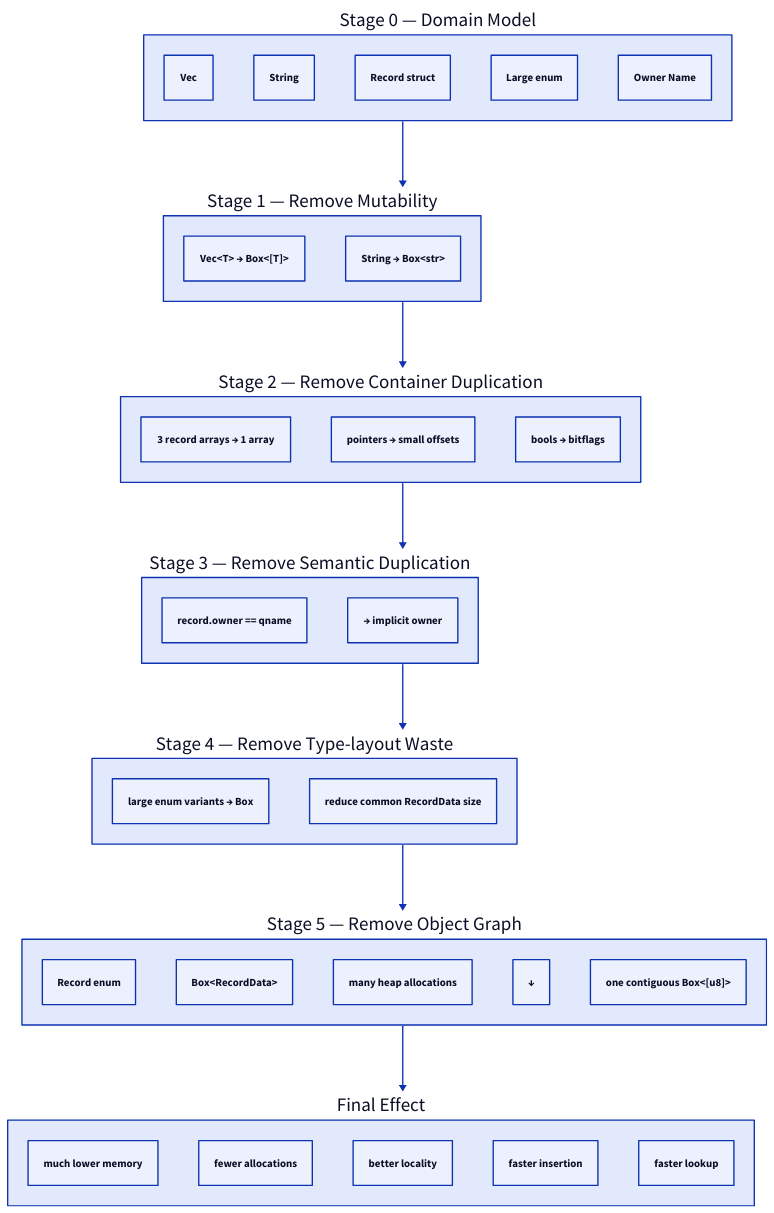
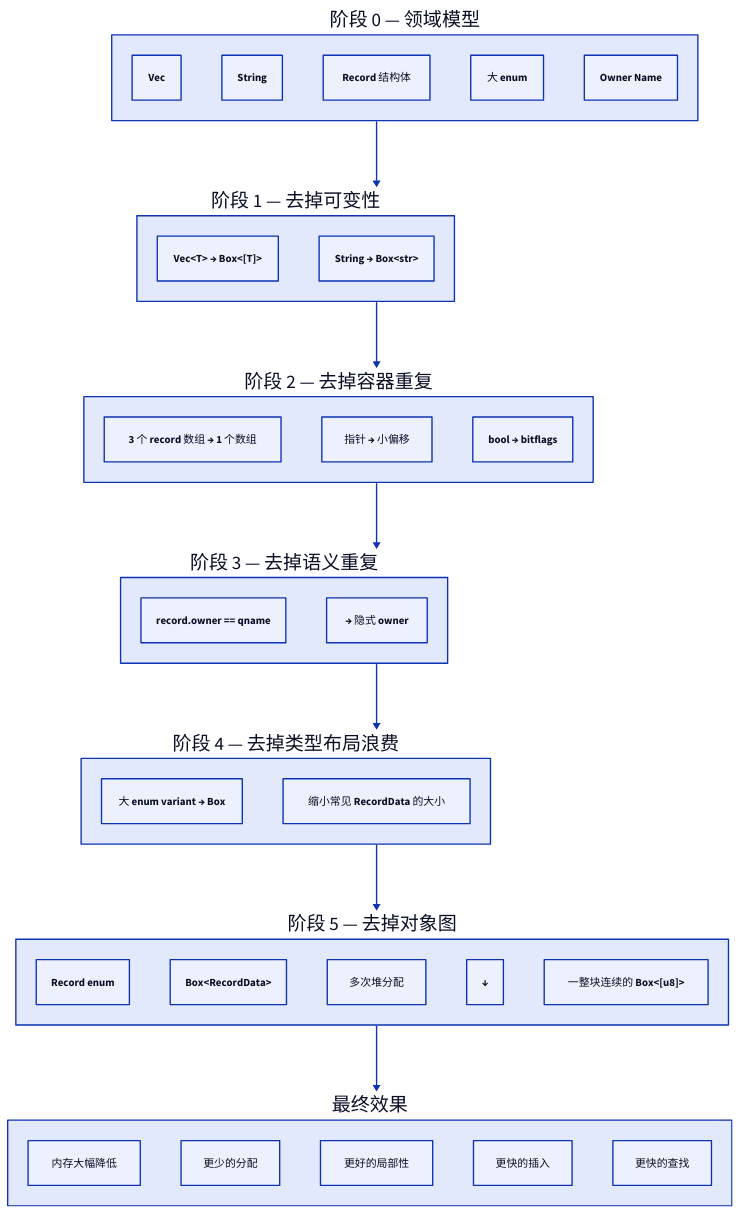
Before and after one commit to Disdjj/blog: the tenth of 11 diagrams in content/posts/how-cloudflare-1111-saved-100-tb-of-memory-by-refactoring-dns-cache-memory-layout-by-chatgpt-mh23d.md, drawn with D2. The commit also changed other lines of this file, not shown here.

````diff
--- a/content/posts/how-cloudflare-1111-saved-100-tb-of-memory-by-refactoring-dns-cache-memory-layout-by-chatgpt-mh23d.md
+++ b/content/posts/how-cloudflare-1111-saved-100-tb-of-memory-by-refactoring-dns-cache-memory-layout-by-chatgpt-mh23d.md
@@ -1680,55 +1678,55 @@
 ```d2
 direction: down
 
-stage0: "Stage 0 — Domain Model" {
+stage0: "阶段 0 — 领域模型" {
   a: "Vec"
   b: "String"
-  c: "Record struct"
-  d: "Large enum"
+  c: "Record 结构体"
+  d: "大 enum"
   e: "Owner Name"
 }
 
-stage1: "Stage 1 — Remove Mutability" {
+stage1: "阶段 1 — 去掉可变性" {
   a: "Vec<T> → Box<[T]>"
   b: "String → Box<str>"
 }
 
-stage2: "Stage 2 — Remove Container Duplication" {
-  a: "3 record arrays → 1 array"
-  b: "pointers → small offsets"
-  c: "bools → bitflags"
+stage2: "阶段 2 — 去掉容器重复" {
+  a: "3 个 record 数组 → 1 个数组"
+  b: "指针 → 小偏移"
+  c: "bool → bitflags"
 }
 
-stage3: "Stage 3 — Remove Semantic Duplication" {
+stage3: "阶段 3 — 去掉语义重复" {
   a: "record.owner == qname"
-  b: "→ implicit owner"
+  b: "→ 隐式 owner"
 }
 
-stage4: "Stage 4 — Remove Type-layout Waste" {
-  a: "large enum variants → Box"
-  b: "reduce common RecordData size"
+stage4: "阶段 4 — 去掉类型布局浪费" {
+  a: "大 enum variant → Box"
+  b: "缩小常见 RecordData 的大小"
 }
 
-stage5: "Stage 5 — Remove Object Graph" {
+stage5: "阶段 5 — 去掉对象图" {
   a: "Record enum"
   b: "Box<RecordData>"
-  c: "many heap allocations"
+  c: "多次堆分配"
   d: "↓"
-  e: "one contiguous Box<[u8]>"
+  e: "一整块连续的 Box<[u8]>"
 }
 
-result: "Final Effect" {
-  mem: "much lower memory"
-  alloc: "fewer allocations"
-  locality: "better locality"
-  insert: "faster insertion"
-  lookup: "faster lookup"
+result: "最终效果" {
+  mem: "内存大幅降低"
+  alloc: "更少的分配"
+  locality: "更好的局部性"
+  insert: "更快的插入"
+  lookup: "更快的查找"
 }
 
 stage0 -> stage1
 stage1 -> stage2
 stage2 -> stage3
 stage3 -> stage4
 stage4 -> stage5
 stage5 -> result
 ```
````
